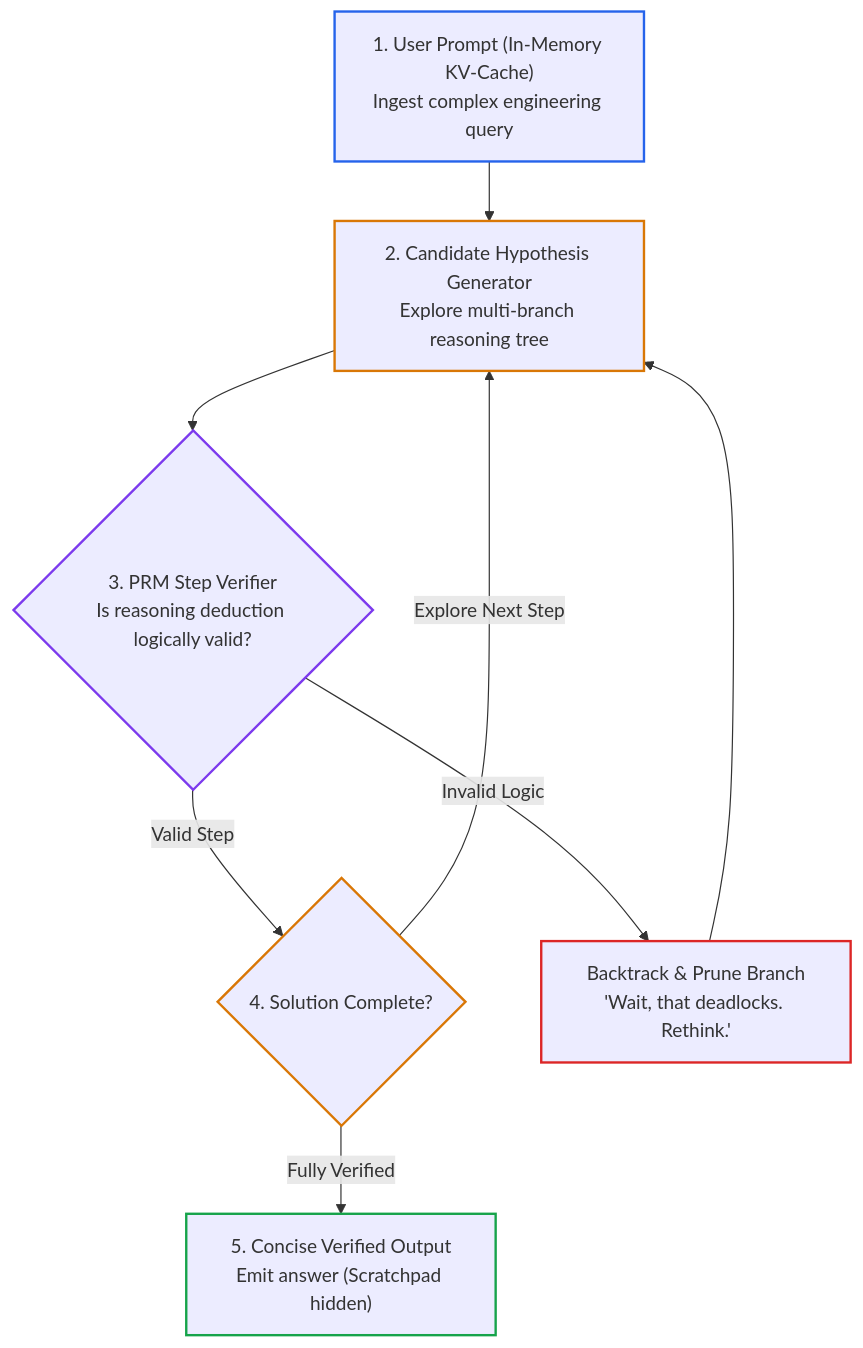
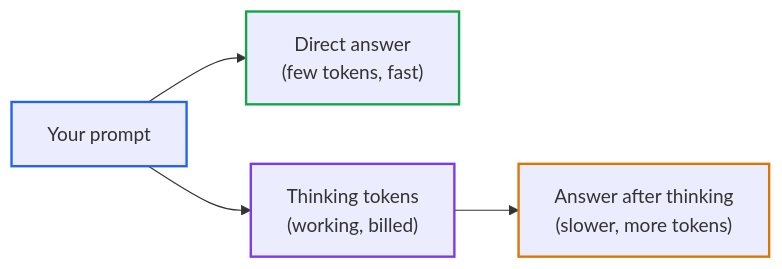
One commit to dip4k/senior-engineer-to-ai-engineer-roadmap changed the first of 3 diagrams in 00-foundations-and-token-mechanics/04-test-time-compute-and-reasoning-models.md. Above: the diagram before and after it, drawn with Mermaid. The commit also changed other lines of this file and 49 other files, not shown here.

````diff
--- a/00-foundations-and-token-mechanics/04-test-time-compute-and-reasoning-models.md
+++ b/00-foundations-and-token-mechanics/04-test-time-compute-and-reasoning-models.md
@@ -72,17 +51,11 @@
 ```mermaid
-flowchart TD
-    Prompt["1. User Prompt (In-Memory KV-Cache)<br>Ingest complex engineering query"] --> Search["2. Candidate Hypothesis Generator<br>Explore multi-branch reasoning tree"]
-    Search --> PRM{"3. PRM Step Verifier<br>Is reasoning deduction logically valid?"}
-    PRM -- "Valid Step" --> Check{"4. Solution Complete?"}
-    PRM -- "Invalid Logic" --> Backtrack["Backtrack & Prune Branch<br>'Wait, that deadlocks. Rethink.'"]
-    Backtrack --> Search
-    Check -- "Explore Next Step" --> Search
-    Check -- "Fully Verified" --> Out["5. Concise Verified Output<br>Emit answer (Scratchpad hidden)"]
+flowchart LR
+    P["Your prompt"] --> D["Direct answer<br>(few tokens, fast)"]
+    P --> T["Thinking tokens<br>(working, billed)"]
+    T --> A["Answer after thinking<br>(slower, more tokens)"]
 
-    style Prompt stroke:#2563eb,stroke-width:2px
-    style Search stroke:#d97706,stroke-width:2px
-    style PRM stroke:#7c3aed,stroke-width:2px
-    style Backtrack stroke:#dc2626,stroke-width:2px
-    style Check stroke:#d97706,stroke-width:2px
-    style Out stroke:#16a34a,stroke-width:2px
+    style P stroke:#2563eb,stroke-width:2px
+    style D stroke:#16a34a,stroke-width:2px
+    style T stroke:#7c3aed,stroke-width:2px
+    style A stroke:#d97706,stroke-width:2px
 ```
````
